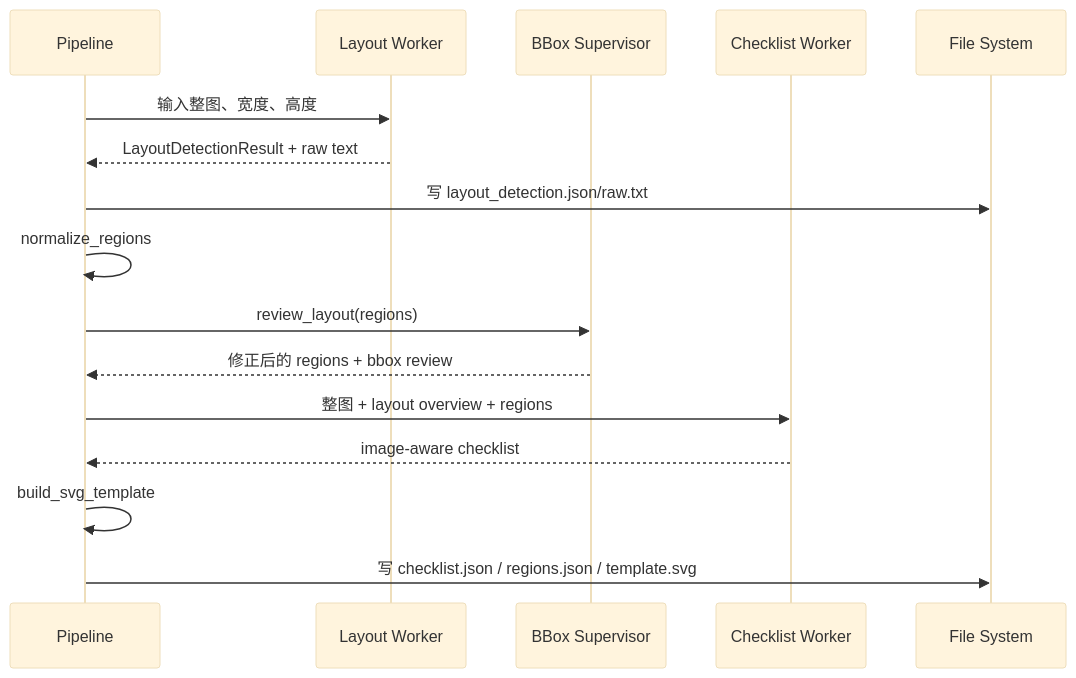
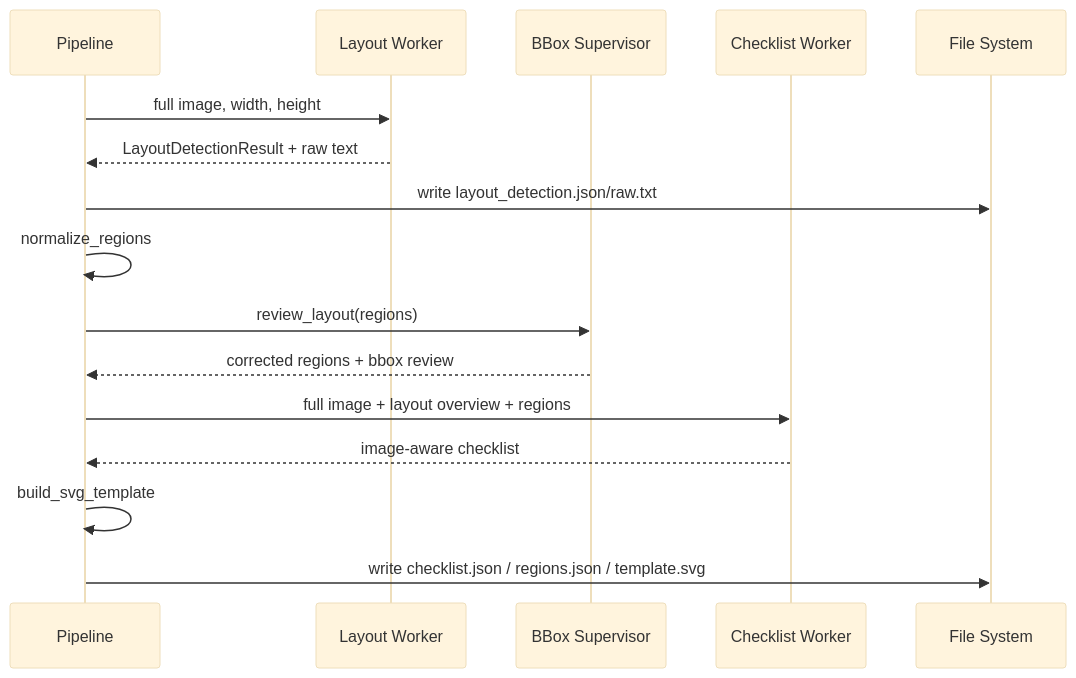
The second of 6 diagrams in architecture-summary/02-conversion-workflow.md (PeiXingXie/Raster2SVG-Demo), drawn with Mermaid (base theme) before and after one commit. The commit also changed other lines of this file and 14 other files, not shown here.

````diff
--- a/architecture-summary/02-conversion-workflow.md
+++ b/architecture-summary/02-conversion-workflow.md
@@ -47,19 +60,19 @@
 ```mermaid
 sequenceDiagram
     participant P as Pipeline
     participant L as Layout Worker
     participant B as BBox Supervisor
     participant C as Checklist Worker
     participant F as File System
 
-    P->>L: 输入整图、宽度、高度
+    P->>L: full image, width, height
     L-->>P: LayoutDetectionResult + raw text
-    P->>F: 写 layout_detection.json/raw.txt
+    P->>F: write layout_detection.json/raw.txt
     P->>P: normalize_regions
     P->>B: review_layout(regions)
-    B-->>P: 修正后的 regions + bbox review
-    P->>C: 整图 + layout overview + regions
+    B-->>P: corrected regions + bbox review
+    P->>C: full image + layout overview + regions
     C-->>P: image-aware checklist
     P->>P: build_svg_template
-    P->>F: 写 checklist.json / regions.json / template.svg
+    P->>F: write checklist.json / regions.json / template.svg
 ```
````
